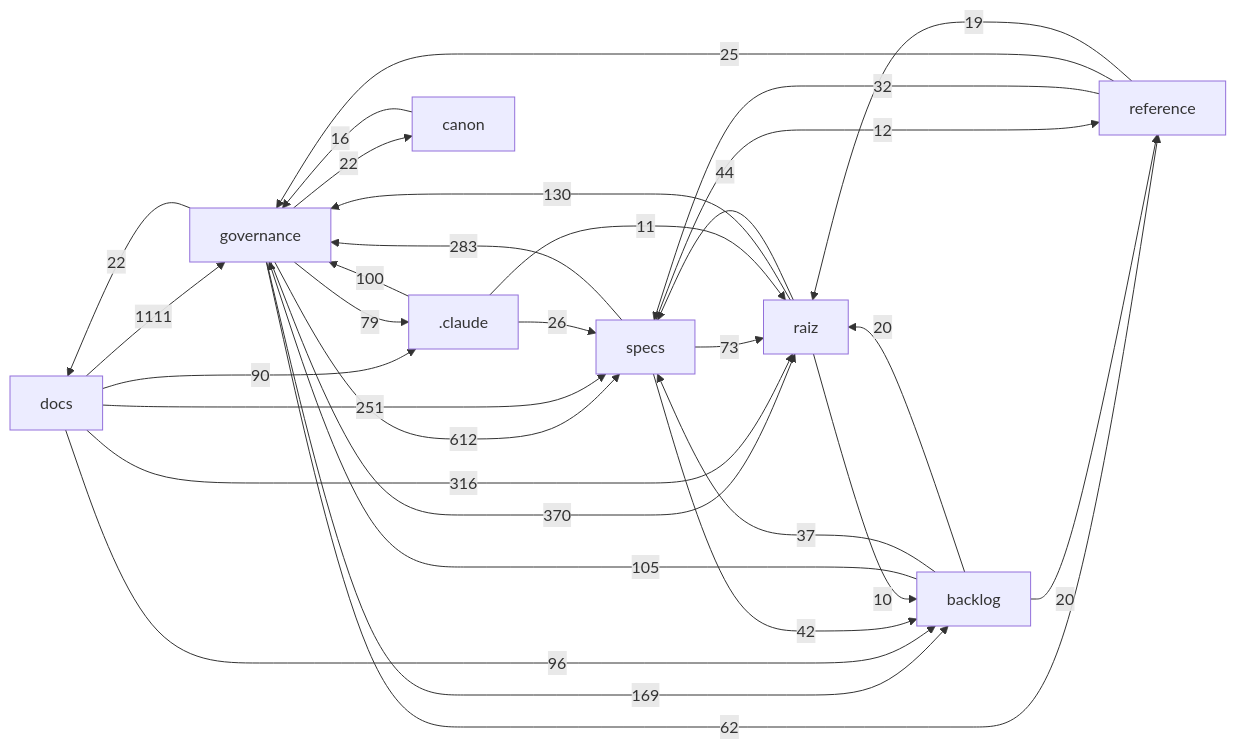
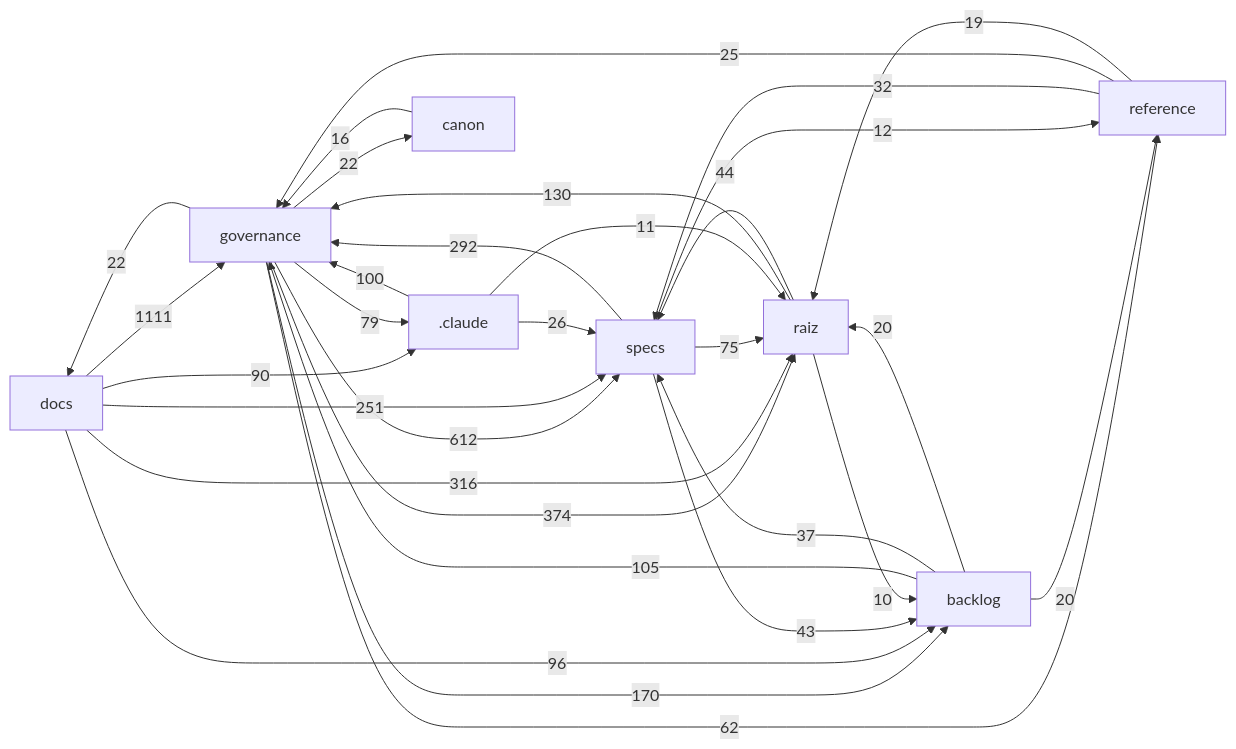
One commit to Andraus35/Sistema-Operacional-de-Trading--SOT changed the diagram in docs/mapa/MAPA-PROJETO.md. Above: the diagram before and after it, drawn with Mermaid. The commit also changed other lines of this file and 6 other files, not shown here.

````diff
--- a/docs/mapa/MAPA-PROJETO.md
+++ b/docs/mapa/MAPA-PROJETO.md
@@ -29,33 +29,33 @@
 ```mermaid
 flowchart LR
   docs["docs"] -->|1111| governance["governance"]
   governance["governance"] -->|612| specs["specs"]
-  governance["governance"] -->|370| raiz["raiz"]
+  governance["governance"] -->|374| raiz["raiz"]
   docs["docs"] -->|316| raiz["raiz"]
-  specs["specs"] -->|283| governance["governance"]
+  specs["specs"] -->|292| governance["governance"]
   docs["docs"] -->|251| specs["specs"]
-  governance["governance"] -->|169| backlog["backlog"]
+  governance["governance"] -->|170| backlog["backlog"]
   raiz["raiz"] -->|130| governance["governance"]
   backlog["backlog"] -->|105| governance["governance"]
   _claude[".claude"] -->|100| governance["governance"]
   docs["docs"] -->|96| backlog["backlog"]
   docs["docs"] -->|90| _claude[".claude"]
   governance["governance"] -->|79| _claude[".claude"]
-  specs["specs"] -->|73| raiz["raiz"]
+  specs["specs"] -->|75| raiz["raiz"]
   governance["governance"] -->|62| reference["reference"]
   raiz["raiz"] -->|44| specs["specs"]
-  specs["specs"] -->|42| backlog["backlog"]
+  specs["specs"] -->|43| backlog["backlog"]
   backlog["backlog"] -->|37| specs["specs"]
   reference["reference"] -->|32| specs["specs"]
   _claude[".claude"] -->|26| specs["specs"]
   reference["reference"] -->|25| governance["governance"]
   governance["governance"] -->|22| docs["docs"]
   governance["governance"] -->|22| canon["canon"]
   backlog["backlog"] -->|20| raiz["raiz"]
   backlog["backlog"] -->|20| reference["reference"]
   reference["reference"] -->|19| raiz["raiz"]
   canon["canon"] -->|16| governance["governance"]
   specs["specs"] -->|12| reference["reference"]
   _claude[".claude"] -->|11| raiz["raiz"]
   raiz["raiz"] -->|10| backlog["backlog"]
 ```
````
